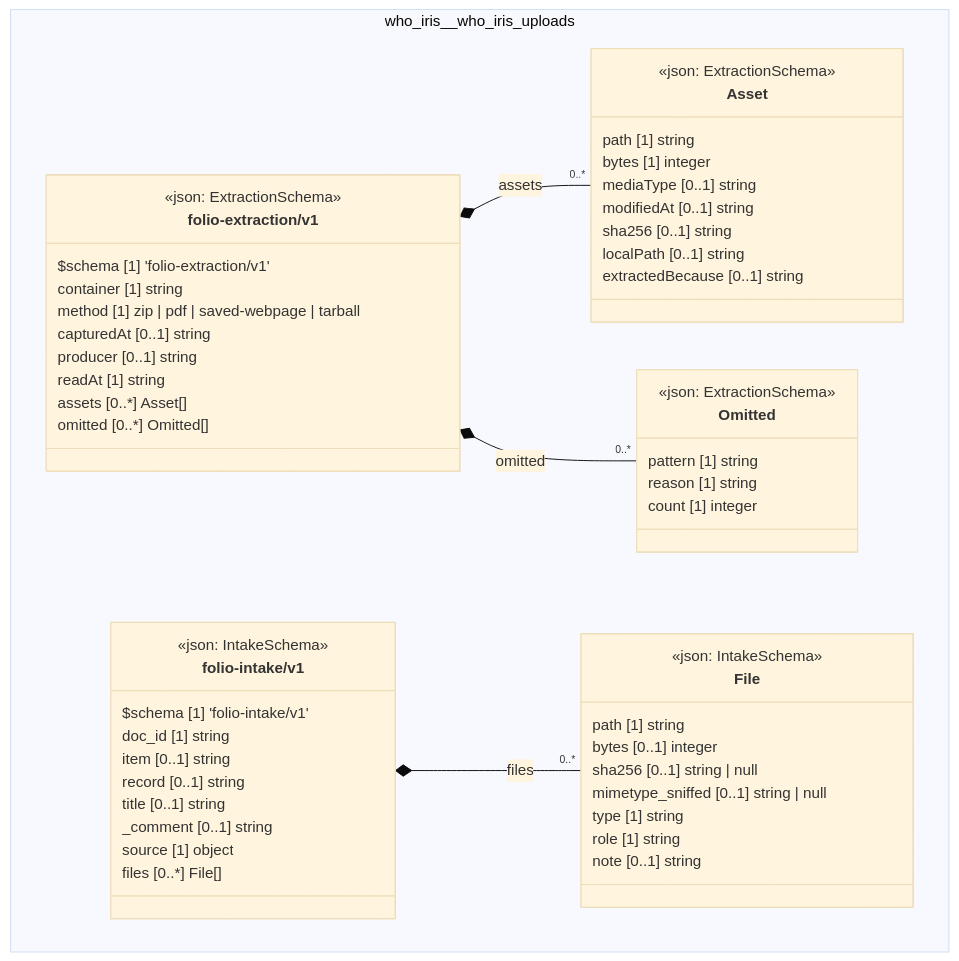
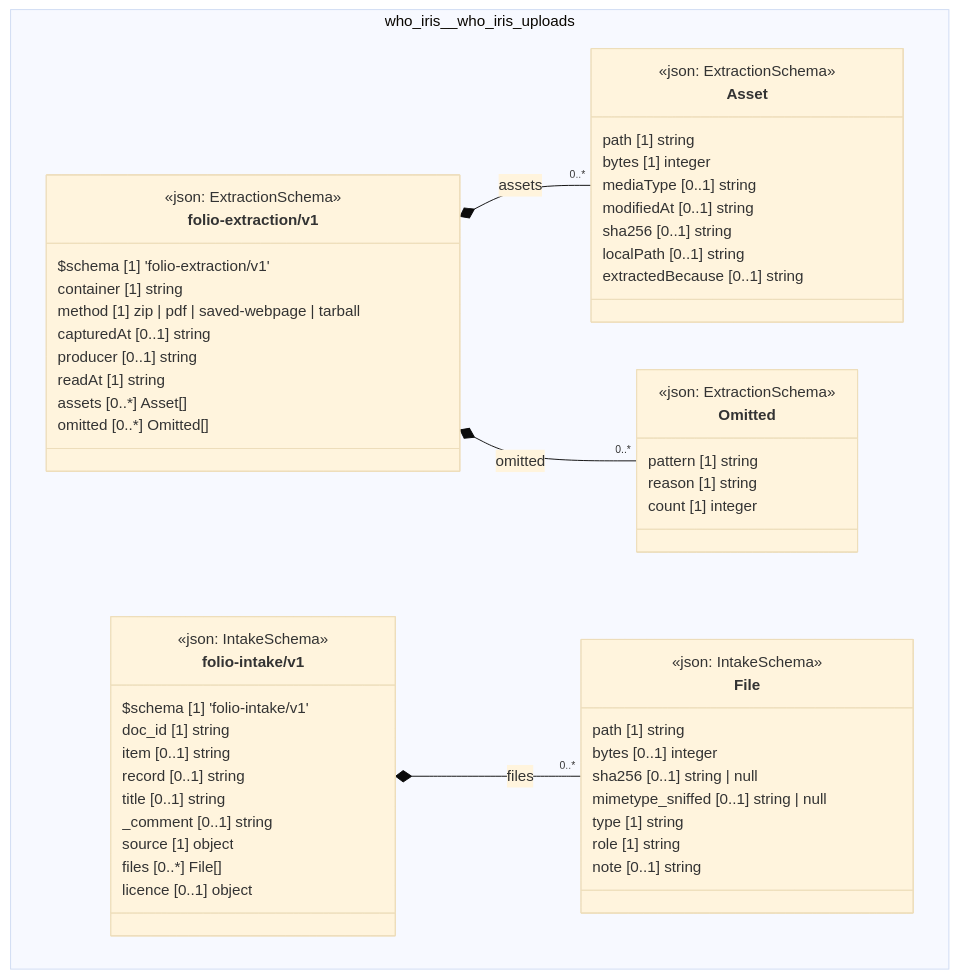
Before and after one commit to litlfred/folio-assistant: the diagram in cat-harness/uml/overview/who-iris/who-iris-uploads.mmd, drawn with Mermaid (base theme). The commit also changed 51 other files, not shown here.

```diff
--- a/cat-harness/uml/overview/who-iris/who-iris-uploads.mmd
+++ b/cat-harness/uml/overview/who-iris/who-iris-uploads.mmd
@@ -1,60 +1,61 @@
 classDiagram
   direction TB
   namespace who_iris__who_iris_uploads {
     class who_iris_who_iris_uploads_folio_extraction_v1_Asset["Asset"] {
       <<json: ExtractionSchema>>
       path [1] string
       bytes [1] integer
       mediaType [0..1] string
       modifiedAt [0..1] string
       sha256 [0..1] string
       localPath [0..1] string
       extractedBecause [0..1] string
     }
     class who_iris_who_iris_uploads_folio_extraction_v1_Omitted["Omitted"] {
       <<json: ExtractionSchema>>
       pattern [1] string
       reason [1] string
       count [1] integer
     }
     class who_iris_who_iris_uploads_folio_extraction_v1_folio_extraction_v1["folio-extraction/v1"] {
       <<json: ExtractionSchema>>
       $schema [1] 'folio-extraction/v1'
       container [1] string
       method [1] zip | pdf | saved-webpage | tarball
       capturedAt [0..1] string
       producer [0..1] string
       readAt [1] string
       assets [0..*] Asset[]
       omitted [0..*] Omitted[]
     }
     class who_iris_who_iris_uploads_folio_intake_v1_File["File"] {
       <<json: IntakeSchema>>
       path [1] string
       bytes [0..1] integer
       sha256 [0..1] string | null
       mimetype_sniffed [0..1] string | null
       type [1] string
       role [1] string
       note [0..1] string
     }
     class who_iris_who_iris_uploads_folio_intake_v1_folio_intake_v1["folio-intake/v1"] {
       <<json: IntakeSchema>>
       $schema [1] 'folio-intake/v1'
       doc_id [1] string
       item [0..1] string
       record [0..1] string
       title [0..1] string
       _comment [0..1] string
       source [1] object
       files [0..*] File[]
+      licence [0..1] object
     }
   }
   who_iris_who_iris_uploads_folio_extraction_v1_folio_extraction_v1 *-- "0..*" who_iris_who_iris_uploads_folio_extraction_v1_Asset : assets
   who_iris_who_iris_uploads_folio_extraction_v1_folio_extraction_v1 *-- "0..*" who_iris_who_iris_uploads_folio_extraction_v1_Omitted : omitted
   who_iris_who_iris_uploads_folio_intake_v1_folio_intake_v1 *-- "0..*" who_iris_who_iris_uploads_folio_intake_v1_File : files
   cssClass "who_iris_who_iris_uploads_folio_extraction_v1_Asset" fa_uml_kind_uploads
   cssClass "who_iris_who_iris_uploads_folio_extraction_v1_Omitted" fa_uml_kind_uploads
   cssClass "who_iris_who_iris_uploads_folio_extraction_v1_folio_extraction_v1" fa_uml_kind_uploads
   cssClass "who_iris_who_iris_uploads_folio_intake_v1_File" fa_uml_kind_uploads
   cssClass "who_iris_who_iris_uploads_folio_intake_v1_folio_intake_v1" fa_uml_kind_uploads
```
